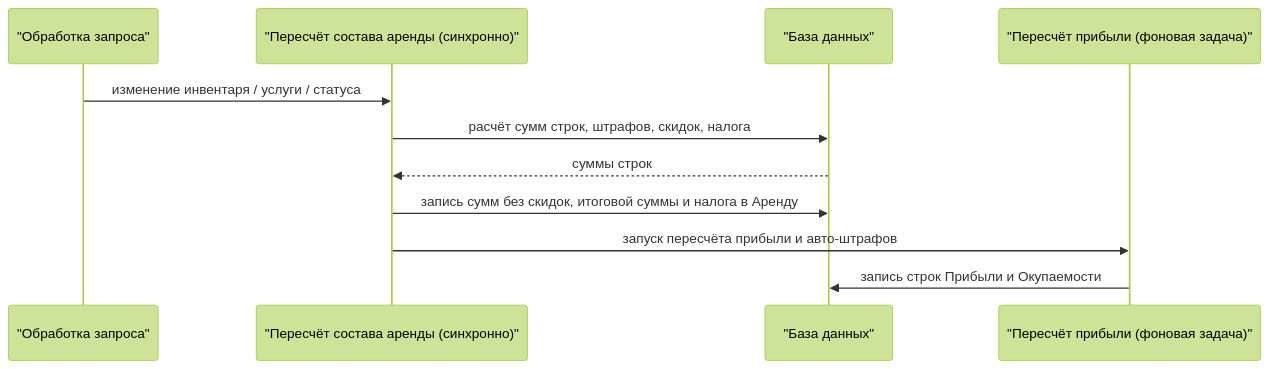
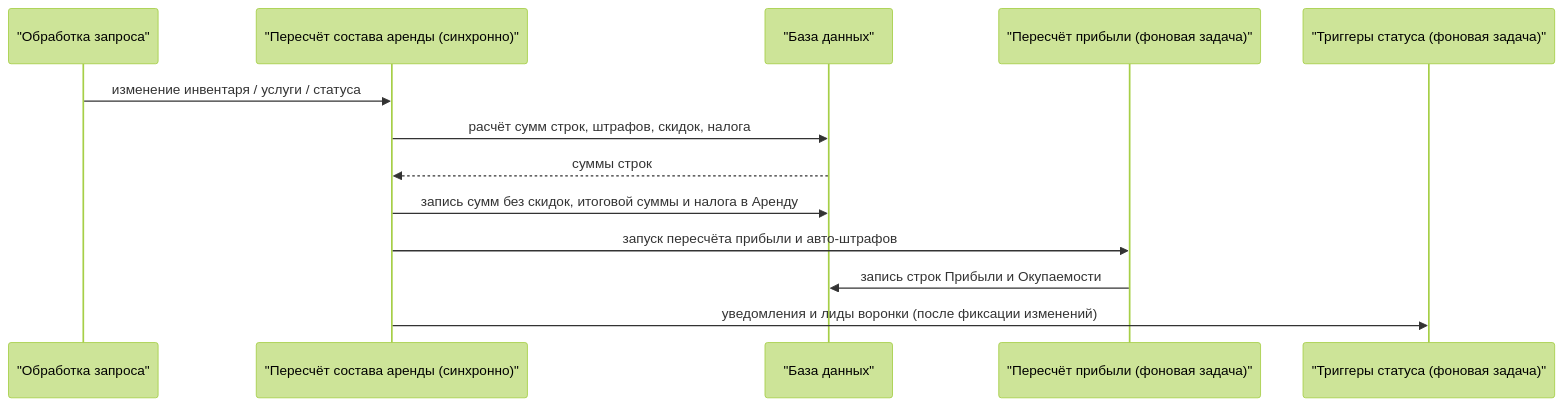
Before and after one commit to yume-cloud/docs: the second of 2 diagrams in ru/logic/overview.mdx, drawn with Mermaid (forest theme). The commit also changed other lines of this file and 110 other files, not shown here.

````diff
--- a/ru/logic/overview.mdx
+++ b/ru/logic/overview.mdx
@@ -69,13 +69,15 @@
 ```mermaid
 sequenceDiagram
     participant API as "Обработка запроса"
     participant UOC as "Пересчёт состава аренды (синхронно)"
     participant DB as "База данных"
     participant CEL as "Пересчёт прибыли (фоновая задача)"
+    participant TRG as "Триггеры статуса (фоновая задача)"
     API->>UOC: изменение инвентаря / услуги / статуса
     UOC->>DB: расчёт сумм строк, штрафов, скидок, налога
     DB-->>UOC: суммы строк
     UOC->>DB: запись сумм без скидок, итоговой суммы и налога в Аренду
     UOC->>CEL: запуск пересчёта прибыли и авто-штрафов
     CEL->>DB: запись строк Прибыли и Окупаемости
+    UOC->>TRG: уведомления и лиды воронки (после фиксации изменений)
 ```
````
